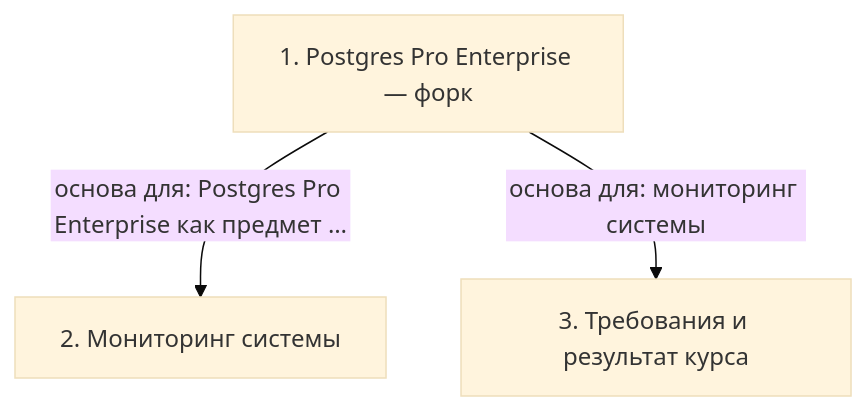
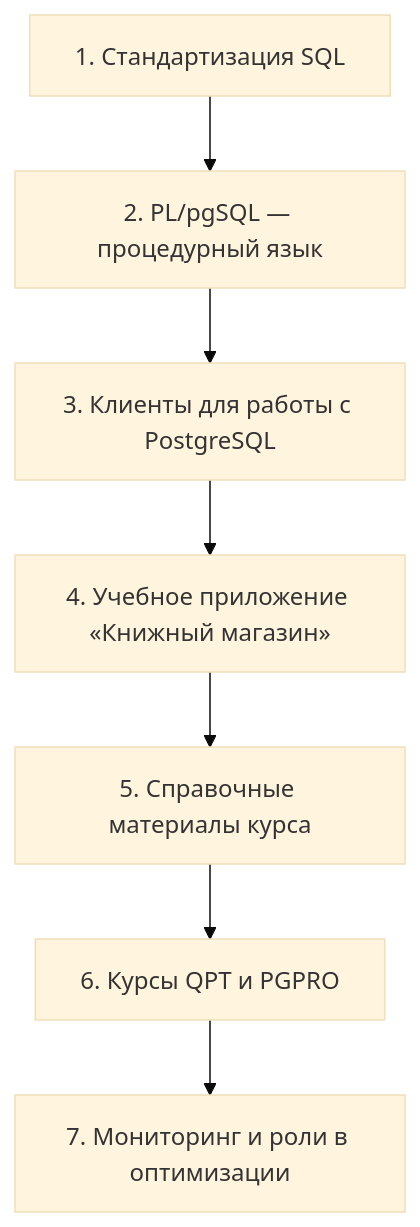
The diagram in postgres-dev1/01 - DEV1-16. 00. Введение/notes.md (AsoloCode/notes), drawn with Mermaid (base theme) before and after one commit. The commit also changed other lines of this file and 503 other files, not shown here.

First line of the commit message:
Обновить конспекты PostgreSQL (QPT-16, DEV1-16): слайды, схемы, факт-чек

````diff
--- a/postgres-dev1/01 - DEV1-16. 00. Введение/notes.md
+++ b/postgres-dev1/01 - DEV1-16. 00. Введение/notes.md
@@ -54,8 +89,16 @@
 ```mermaid
 flowchart TD
-    n1["1. Postgres Pro Enterprise — форк"]
-    n2["2. Мониторинг системы"]
-    n3["3. Требования и результат курса"]
-    n1 -->|основа для: Postgres Pro Enterprise как предмет …| n2
-    n1 -->|основа для: мониторинг системы| n3
+    n1["1. Стандартизация SQL"]
+    n2["2. PL/pgSQL — процедурный язык"]
+    n3["3. Клиенты для работы с PostgreSQL"]
+    n4["4. Учебное приложение «Книжный магазин»"]
+    n5["5. Справочные материалы курса"]
+    n6["6. Курсы QPT и PGPRO"]
+    n7["7. Мониторинг и роли в оптимизации"]
+    n1 --> n2
+    n2 --> n3
+    n3 --> n4
+    n4 --> n5
+    n5 --> n6
+    n6 --> n7
 ```
````
